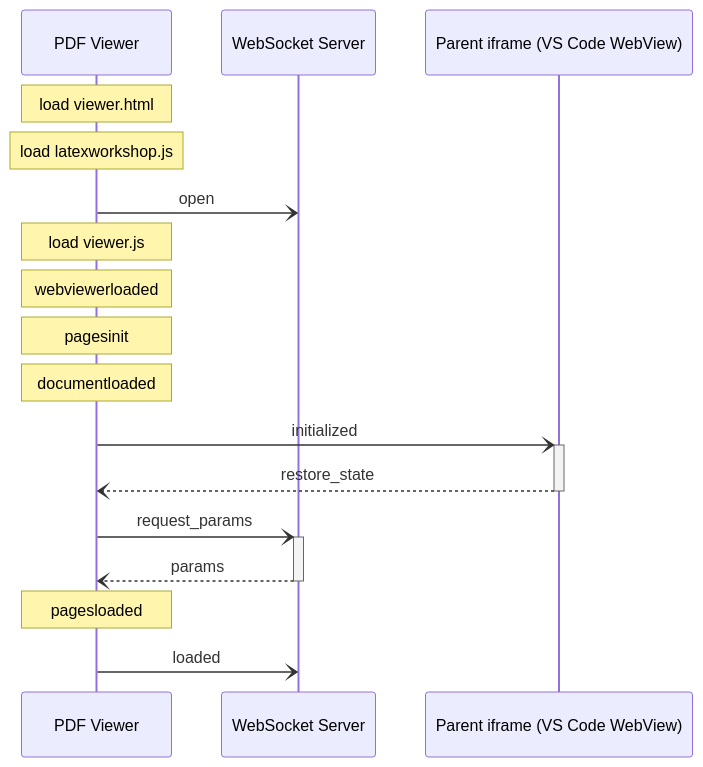
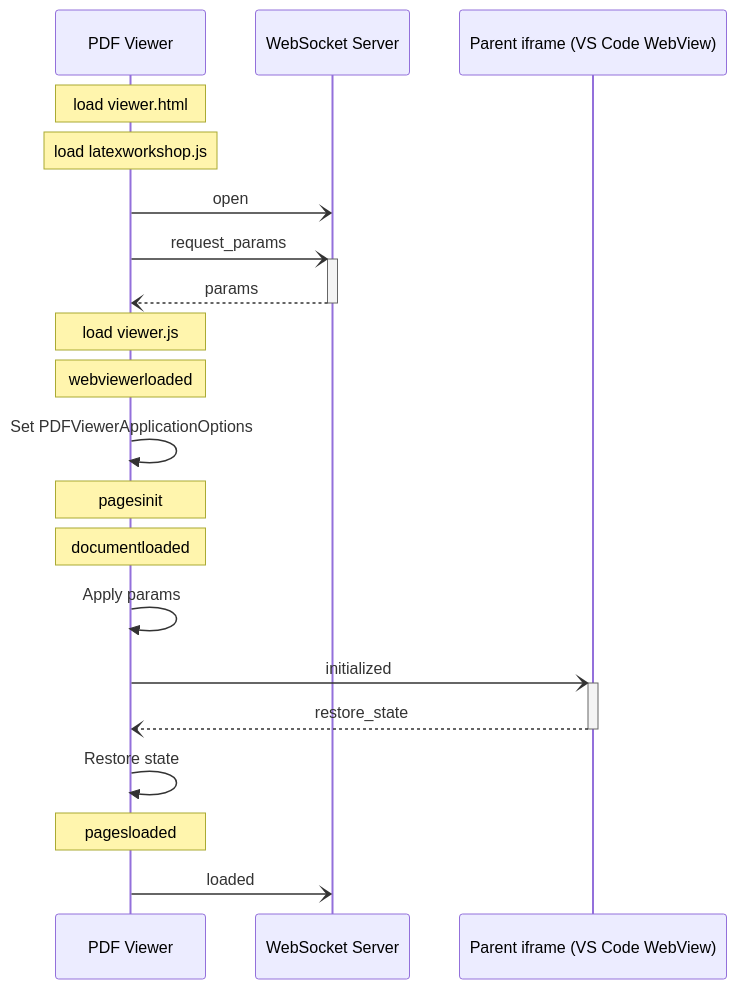
The fifth of 10 diagrams in viewer/README.md (James-Yu/LaTeX-Workshop), drawn with Mermaid before and after one commit. The commit also changed other lines of this file and 10 other files, not shown here.

````diff
--- a/viewer/README.md
+++ b/viewer/README.md
@@ -126,19 +128,22 @@
 ```mermaid
 sequenceDiagram
   participant Viewer as PDF Viewer
   participant Server as WebSocket Server
   participant Iframe as Parent iframe (VS Code WebView)
   Note over Viewer: load viewer.html
   Note over Viewer: load latexworkshop.js
   Viewer-)Server: open
+  Viewer-)+Server: request_params
+  Server--)-Viewer: params
   Note over Viewer: load viewer.js
   Note over Viewer: webviewerloaded
+  Viewer->>Viewer: Set PDFViewerApplicationOptions
   Note over Viewer: pagesinit
   Note over Viewer: documentloaded
+  Viewer->>Viewer: Apply params
   Viewer-)+Iframe: initialized
   Iframe--)-Viewer: restore_state
-  Viewer-)+Server: request_params
-  Server--)-Viewer: params
+  Viewer->>Viewer: Restore state
   Note over Viewer: pagesloaded
   Viewer-)Server: loaded
 ```
````
